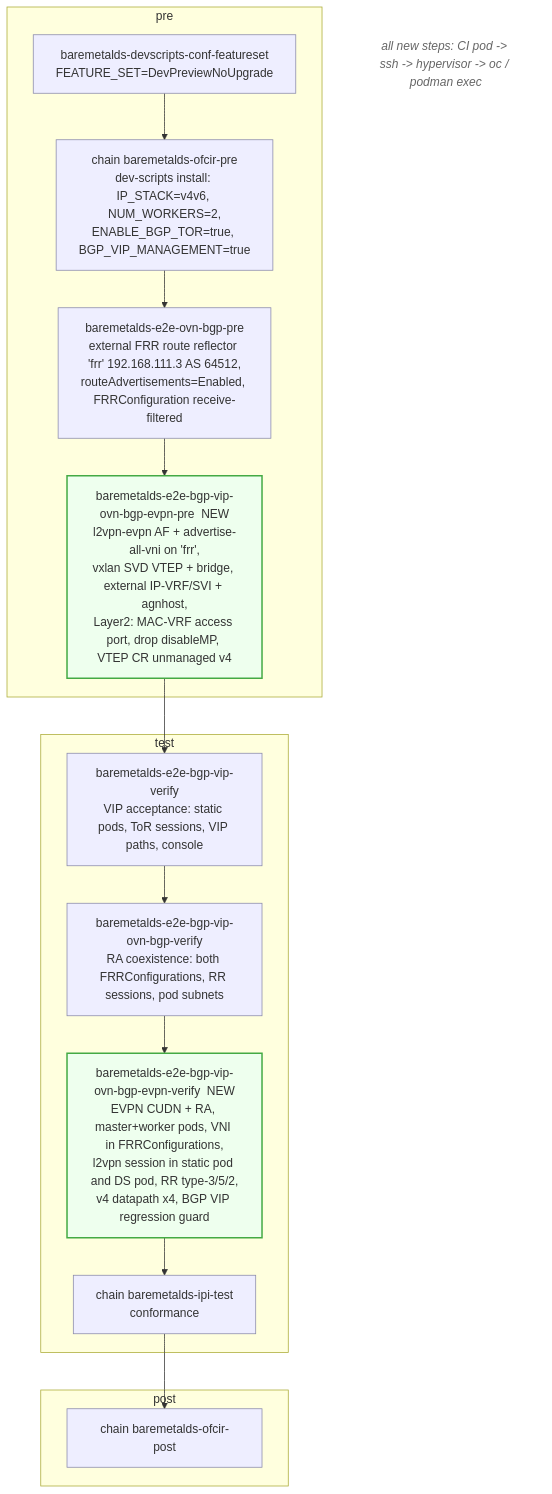
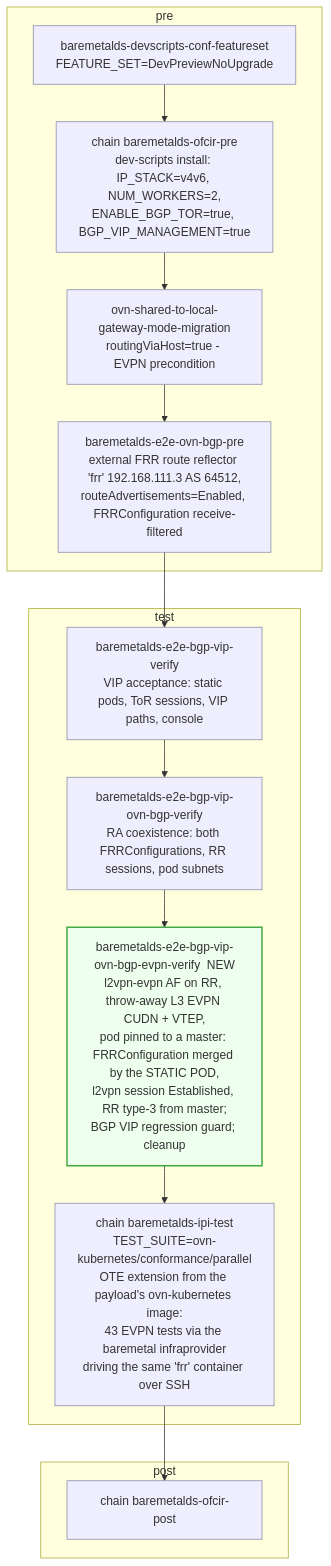
Before and after one commit to mkowalski/bgp-vip-demo: the diagram in drawings/bgp-vip-evpn-lane-flow.mmd, drawn with Mermaid. The commit also changed 11 other files, not shown here.

First line of the commit message:
OPNET-815: record the same-day redesign around the ovn-k OTE suite

```diff
--- a/drawings/bgp-vip-evpn-lane-flow.mmd
+++ b/drawings/bgp-vip-evpn-lane-flow.mmd
@@ -1,25 +1,23 @@
 flowchart TD
     classDef reused fill:#eef,stroke:#88a
     classDef new fill:#efe,stroke:#4a4,stroke-width:2px
-    classDef loc fill:none,stroke:none,color:#666,font-style:italic
 
     subgraph PRE[pre]
         A[baremetalds-devscripts-conf-featureset<br/>FEATURE_SET=DevPreviewNoUpgrade]:::reused
         B[chain baremetalds-ofcir-pre<br/>dev-scripts install: IP_STACK=v4v6, NUM_WORKERS=2,<br/>ENABLE_BGP_TOR=true, BGP_VIP_MANAGEMENT=true]:::reused
+        L[ovn-shared-to-local-gateway-mode-migration<br/>routingViaHost=true - EVPN precondition]:::reused
         C[baremetalds-e2e-ovn-bgp-pre<br/>external FRR route reflector 'frr' 192.168.111.3 AS 64512,<br/>routeAdvertisements=Enabled, FRRConfiguration receive-filtered]:::reused
-        D[baremetalds-e2e-bgp-vip-ovn-bgp-evpn-pre  NEW<br/>l2vpn-evpn AF + advertise-all-vni on 'frr',<br/>vxlan SVD VTEP + bridge, external IP-VRF/SVI + agnhost,<br/>Layer2: MAC-VRF access port, drop disableMP, VTEP CR unmanaged v4]:::new
-        A --> B --> C --> D
+        A --> B --> L --> C
     end
     subgraph TEST[test]
         E[baremetalds-e2e-bgp-vip-verify<br/>VIP acceptance: static pods, ToR sessions, VIP paths, console]:::reused
         F[baremetalds-e2e-bgp-vip-ovn-bgp-verify<br/>RA coexistence: both FRRConfigurations, RR sessions, pod subnets]:::reused
-        G[baremetalds-e2e-bgp-vip-ovn-bgp-evpn-verify  NEW<br/>EVPN CUDN + RA, master+worker pods, VNI in FRRConfigurations,<br/>l2vpn session in static pod and DS pod, RR type-3/5/2,<br/>v4 datapath x4, BGP VIP regression guard]:::new
-        H[chain baremetalds-ipi-test<br/>conformance]:::reused
+        G[baremetalds-e2e-bgp-vip-ovn-bgp-evpn-verify  NEW<br/>l2vpn-evpn AF on RR, throw-away L3 EVPN CUDN + VTEP,<br/>pod pinned to a master: FRRConfiguration merged by the STATIC POD,<br/>l2vpn session Established, RR type-3 from master;<br/>BGP VIP regression guard; cleanup]:::new
+        H[chain baremetalds-ipi-test<br/>TEST_SUITE=ovn-kubernetes/conformance/parallel<br/>OTE extension from the payload's ovn-kubernetes image:<br/>43 EVPN tests via the baremetal infraprovider<br/>driving the same 'frr' container over SSH]:::reused
         E --> F --> G --> H
     end
     subgraph POST[post]
         I[chain baremetalds-ofcir-post]:::reused
     end
-    D --> E
+    C --> E
     H --> I
-    L1[all new steps: CI pod -> ssh -> hypervisor -> oc / podman exec]:::loc
```
